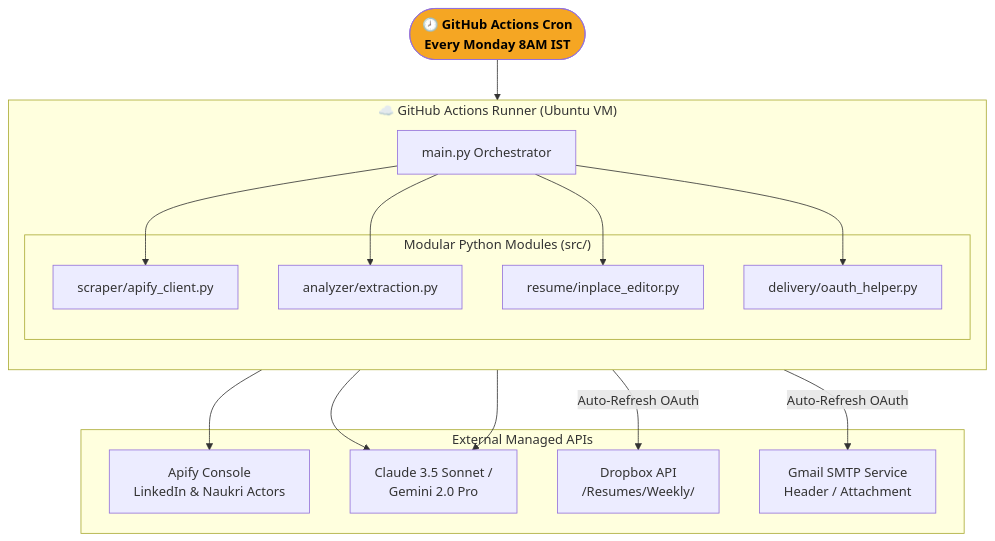
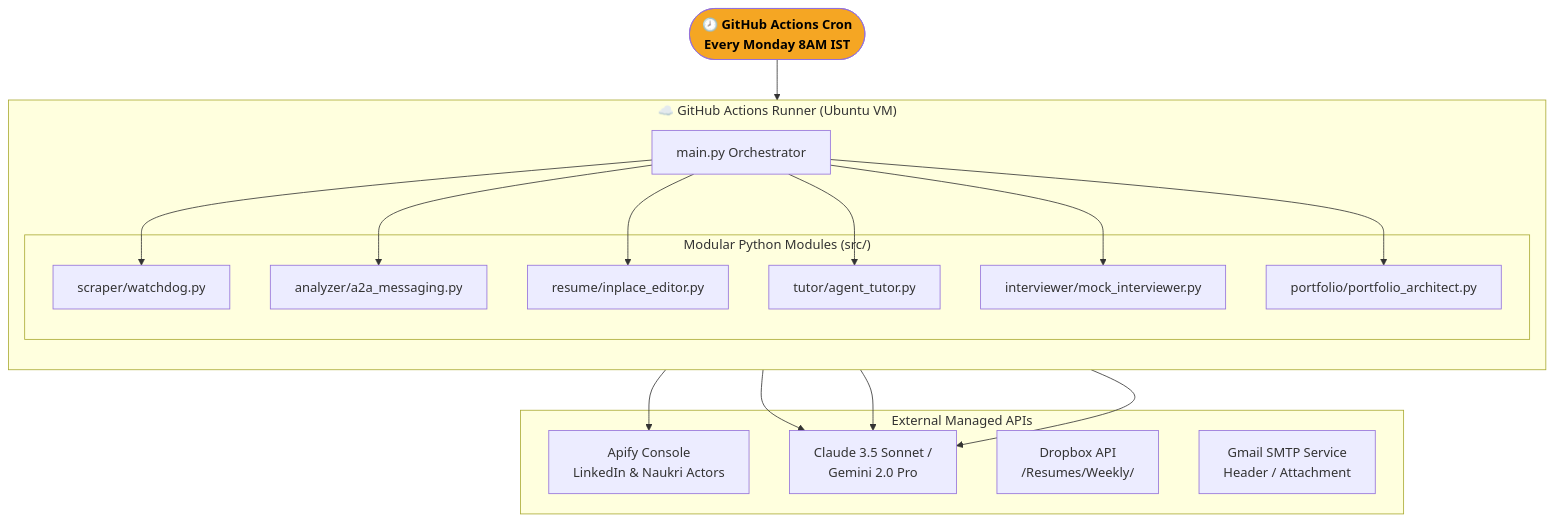
The first of 5 diagrams in ARCHITECTURE_HYBRID.md (mayukhg/mg-ai-job-scanner), drawn with Mermaid before and after one commit. The commit also changed other lines of this file and 15 other files, not shown here.

Commit message:
feat: transition Career Intelligence Engine to Reactive A2A Messaging Architecture & upgrade docs

````diff
--- a/ARCHITECTURE_HYBRID.md
+++ b/ARCHITECTURE_HYBRID.md
@@ -5,35 +5,36 @@
 ```mermaid
 flowchart TD
     CRON([🕗 GitHub Actions Cron\nEvery Monday 8AM IST]):::trigger
 
     CRON --> GHA
 
     subgraph GHA["☁️ GitHub Actions Runner (Ubuntu VM)"]
         direction TB
         ORCH[main.py Orchestrator]
         
         subgraph MODULES["Modular Python Modules (src/)"]
-            M_SCRAPE[scraper/apify_client.py]
-            M_ANAL[analyzer/extraction.py]
+            M_SCRAPE[scraper/watchdog.py]
+            M_A2A[analyzer/a2a_messaging.py]
             M_RES[resume/inplace_editor.py]
-            M_DEL[delivery/oauth_helper.py]
+            M_TUTOR[tutor/agent_tutor.py]
+            M_INTER[interviewer/mock_interviewer.py]
+            M_PORT[portfolio/portfolio_architect.py]
         end
         
-        ORCH --> M_SCRAPE & M_ANAL & M_RES & M_DEL
+        ORCH --> M_SCRAPE & M_A2A & M_RES & M_TUTOR & M_INTER & M_PORT
     end
 
     subgraph SERVICES["External Managed APIs"]
         APIFY[Apify Console\nLinkedIn & Naukri Actors]
         LLM[Claude 3.5 Sonnet /\nGemini 2.0 Pro]
         DROPBOX[Dropbox API\n/Resumes/Weekly/]
         GMAIL[Gmail SMTP Service\nHeader / Attachment]
     end
 
     M_SCRAPE --> APIFY
-    M_ANAL --> LLM
+    M_A2A --> LLM
     M_RES --> LLM
-    M_DEL --> |Auto-Refresh OAuth| DROPBOX
-    M_DEL --> |Auto-Refresh OAuth| GMAIL
+    M_TUTOR --> LLM
 
     classDef trigger fill:#f5a623,color:#000,font-weight:bold
 ```
````
